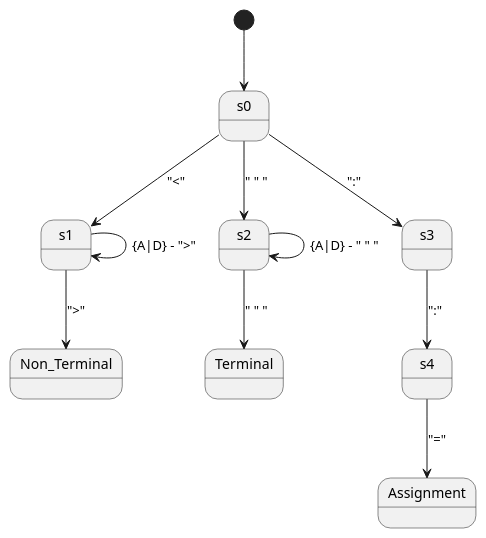
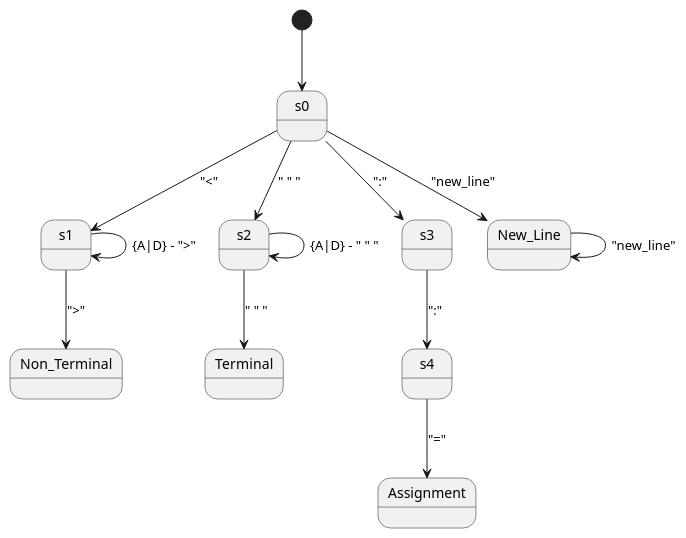
The diagram in grammar automata.puml (dospro/bnf_grammar_parser), drawn with PlantUML before and after one commit. The commit also changed 5 other files, not shown here.

```diff
--- a/grammar automata.puml
+++ b/grammar automata.puml
@@ -1,15 +1,18 @@
 @startuml
 [*] --> s0
 s0 --> s1: "<"
 s1 --> s1: {A|D} - ">"
 s1 --> Non_Terminal: ">"
 
 s0 --> s2: " " "
 s2 --> s2: {A|D} - " " "
 s2 --> Terminal: " " "
 
 s0 --> s3: ":"
 s3 --> s4: ":"
 s4 --> Assignment: "="
 
+s0 --> New_Line: "new_line"
+New_Line --> New_Line: "new_line"
+
 @enduml
```
